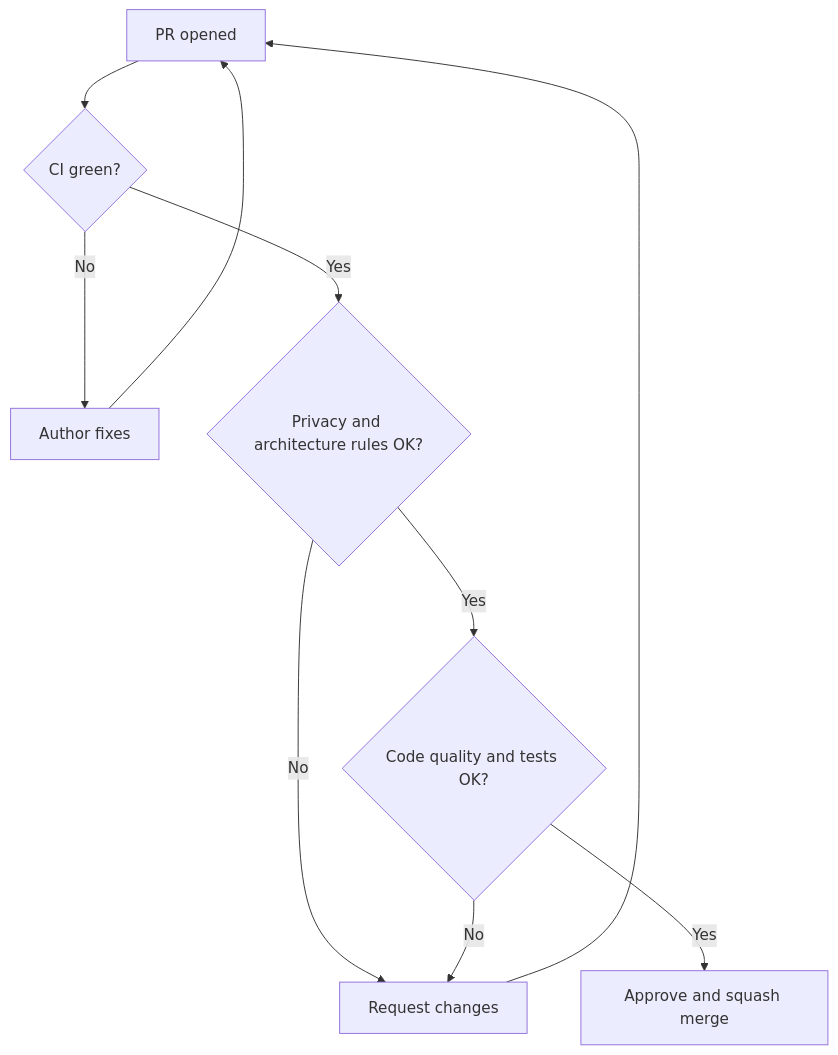
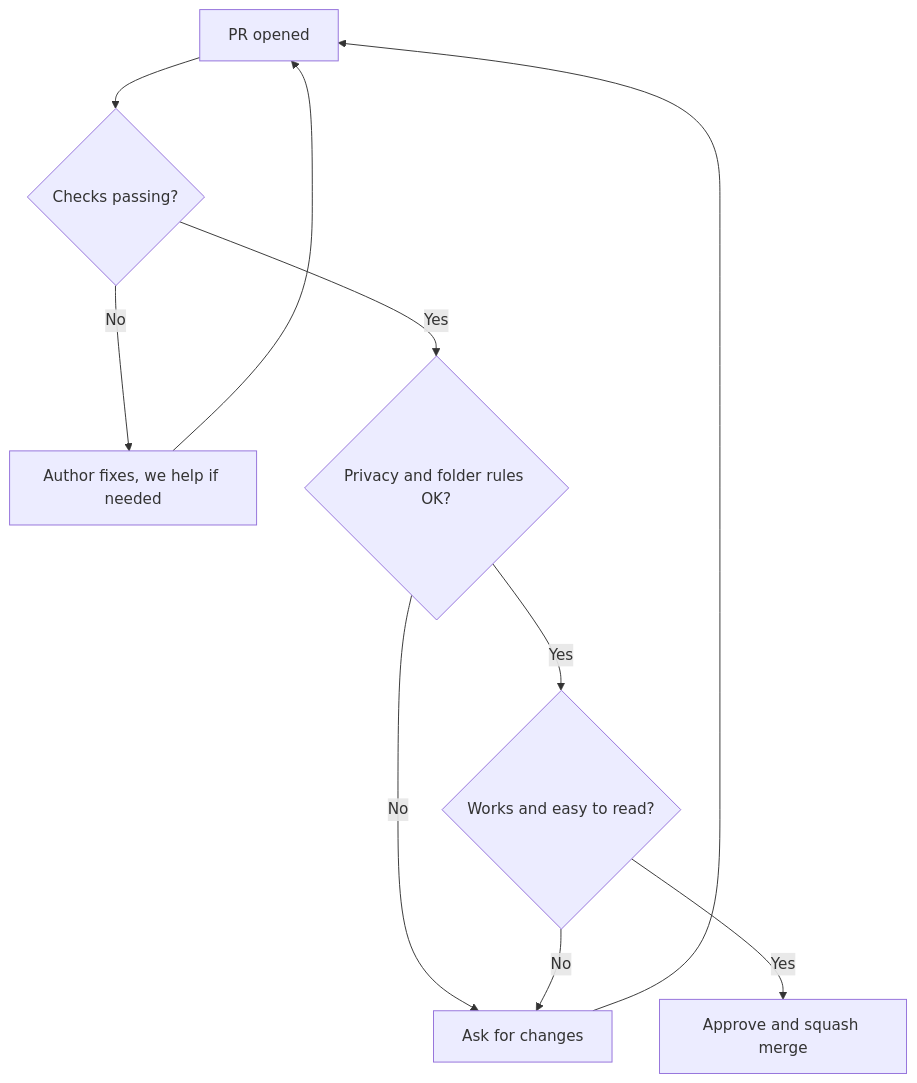
The first of 2 diagrams in docs/maintainer-guide.md (intabtools/intabpdf), drawn with Mermaid before and after one commit. The commit also changed other lines of this file and 12 other files, not shown here.

````diff
--- a/docs/maintainer-guide.md
+++ b/docs/maintainer-guide.md
@@ -23,12 +23,12 @@
 ```mermaid
 flowchart TD
-    A["PR opened"] --> B{"CI green?"}
-    B -- No --> C["Author fixes"]
+    A["PR opened"] --> B{"Checks passing?"}
+    B -- No --> C["Author fixes, we help if needed"]
     C --> A
-    B -- Yes --> D{"Privacy and architecture rules OK?"}
-    D -- No --> E["Request changes"]
+    B -- Yes --> D{"Privacy and folder rules OK?"}
+    D -- No --> E["Ask for changes"]
     E --> A
-    D -- Yes --> F{"Code quality and tests OK?"}
+    D -- Yes --> F{"Works and easy to read?"}
     F -- No --> E
     F -- Yes --> G["Approve and squash merge"]
 ```
````
